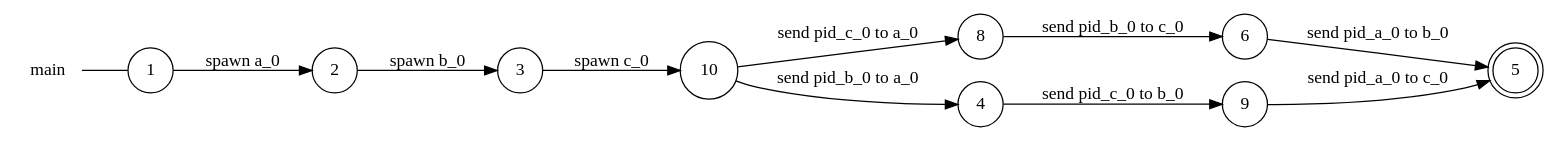
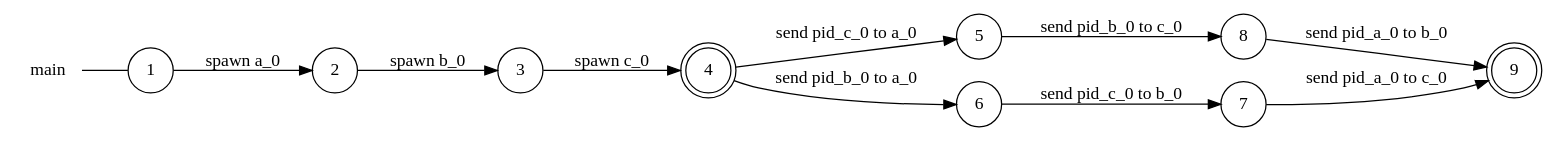
The diagram in examples/if-cases/main_local_view.dot (gabrielegenovese/chorer), drawn with Graphviz before and after one commit. The commit also changed 71 other files, not shown here.

```diff
--- a/examples/if-cases/main_local_view.dot
+++ b/examples/if-cases/main_local_view.dot
@@ -1,24 +1,24 @@
 digraph main {
 	rankdir="LR";
 	n_0 [label="main", shape="plaintext"];
-	n_1 [id="5", shape=doublecircle, label="5"];
-	n_2 [id="6", shape=circle, label="6"];
-	n_3 [id="10", shape=circle, label="10"];
+	n_1 [id="5", shape=circle, label="7"];
+	n_2 [id="6", shape=circle, label="5"];
+	n_3 [id="10", shape=circle, label="6"];
 	n_4 [id="1", shape=circle, label="1"];
 	n_0 -> n_4 [arrowhead=none];
-	n_5 [id="9", shape=circle, label="9"];
+	n_5 [id="9", shape=doublecircle, label="4"];
 	n_6 [id="2", shape=circle, label="2"];
 	n_7 [id="8", shape=circle, label="8"];
-	n_8 [id="4", shape=circle, label="4"];
+	n_8 [id="4", shape=doublecircle, label="9"];
 	n_9 [id="3", shape=circle, label="3"];
 
-	n_3 -> n_8 [id="[$e|2]", label="send pid_b_0 to a_0"];
-	n_9 -> n_3 [id="[$e|0]", label="spawn c_0"];
-	n_7 -> n_2 [id="[$e|1]", label="send pid_b_0 to c_0"];
-	n_5 -> n_1 [id="[$e|7]", label="send pid_a_0 to c_0"];
-	n_4 -> n_6 [id="[$e|5]", label="spawn a_0"];
-	n_3 -> n_7 [id="[$e|6]", label="send pid_c_0 to a_0"];
-	n_2 -> n_1 [id="[$e|9]", label="send pid_a_0 to b_0"];
-	n_8 -> n_5 [id="[$e|4]", label="send pid_c_0 to b_0"];
-	n_6 -> n_9 [id="[$e|8]", label="spawn b_0"];
+	n_5 -> n_2 [id="[$e|3]", label="send pid_c_0 to a_0"];
+	n_3 -> n_1 [id="[$e|0]", label="send pid_c_0 to b_0"];
+	n_6 -> n_9 [id="[$e|7]", label="spawn b_0"];
+	n_9 -> n_5 [id="[$e|4]", label="spawn c_0"];
+	n_2 -> n_7 [id="[$e|5]", label="send pid_b_0 to c_0"];
+	n_7 -> n_8 [id="[$e|9]", label="send pid_a_0 to b_0"];
+	n_1 -> n_8 [id="[$e|1]", label="send pid_a_0 to c_0"];
+	n_5 -> n_3 [id="[$e|8]", label="send pid_b_0 to a_0"];
+	n_4 -> n_6 [id="[$e|2]", label="spawn a_0"];
 }
```
